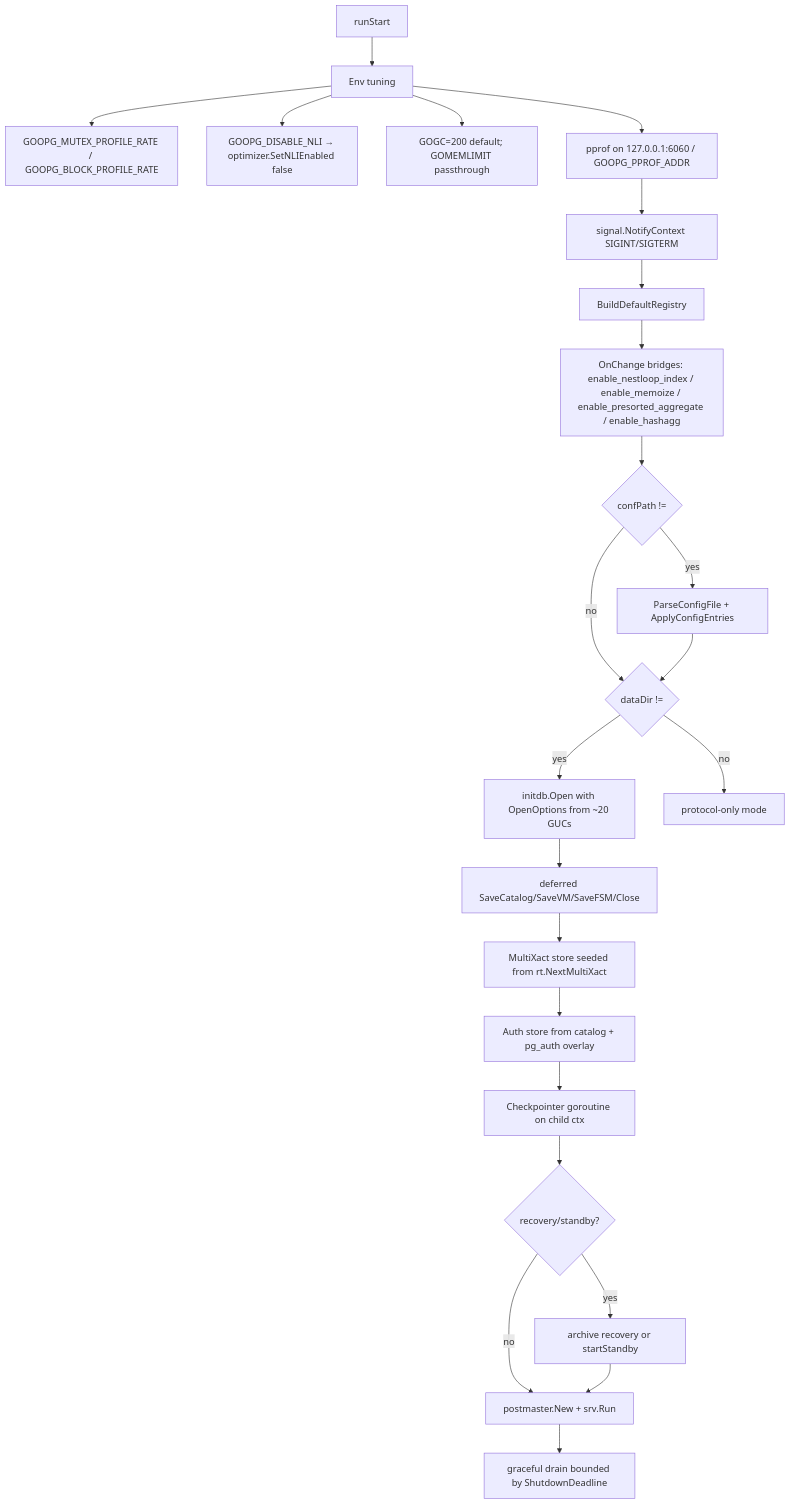
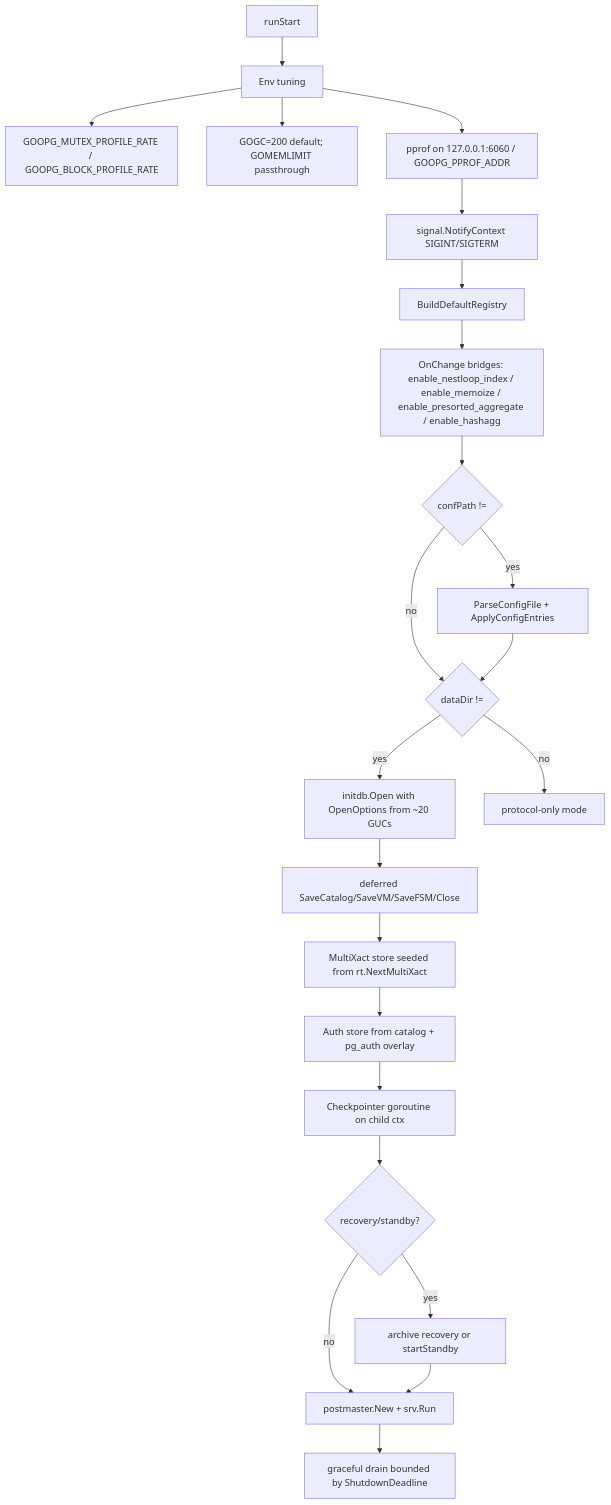
Before and after one commit to ryogrid/goopg: the first of 4 diagrams in docs/wiki/modules/cmd-goopg.md, drawn with Mermaid. The commit also changed other lines of this file and 28 other files, not shown here.

````diff
--- a/docs/wiki/modules/cmd-goopg.md
+++ b/docs/wiki/modules/cmd-goopg.md
@@ -131,26 +131,25 @@
 ```mermaid
 flowchart TD
     A[runStart] --> B[Env tuning]
     B --> B1[GOOPG_MUTEX_PROFILE_RATE / GOOPG_BLOCK_PROFILE_RATE]
-    B --> B2[GOOPG_DISABLE_NLI → optimizer.SetNLIEnabled false]
     B --> B3["GOGC=200 default; GOMEMLIMIT passthrough"]
     B --> C[pprof on 127.0.0.1:6060 / GOOPG_PPROF_ADDR]
     C --> D[signal.NotifyContext SIGINT/SIGTERM]
     D --> E[BuildDefaultRegistry]
     E --> F[OnChange bridges: enable_nestloop_index / enable_memoize / enable_presorted_aggregate / enable_hashagg]
     F --> G{"confPath != """}
     G -- yes --> H[ParseConfigFile + ApplyConfigEntries]
     G -- no --> I
     H --> I{"dataDir != """}
     I -- yes --> J[initdb.Open with OpenOptions from ~20 GUCs]
     I -- no --> K[protocol-only mode]
     J --> L[deferred SaveCatalog/SaveVM/SaveFSM/Close]
     L --> M[MultiXact store seeded from rt.NextMultiXact]
     M --> N[Auth store from catalog + pg_auth overlay]
     N --> O[Checkpointer goroutine on child ctx]
     O --> P{"recovery/standby?"}
     P -- yes --> Q[archive recovery or startStandby]
     P -- no --> R
     Q --> R[postmaster.New + srv.Run]
     R --> S[graceful drain bounded by ShutdownDeadline]
 ```
````
